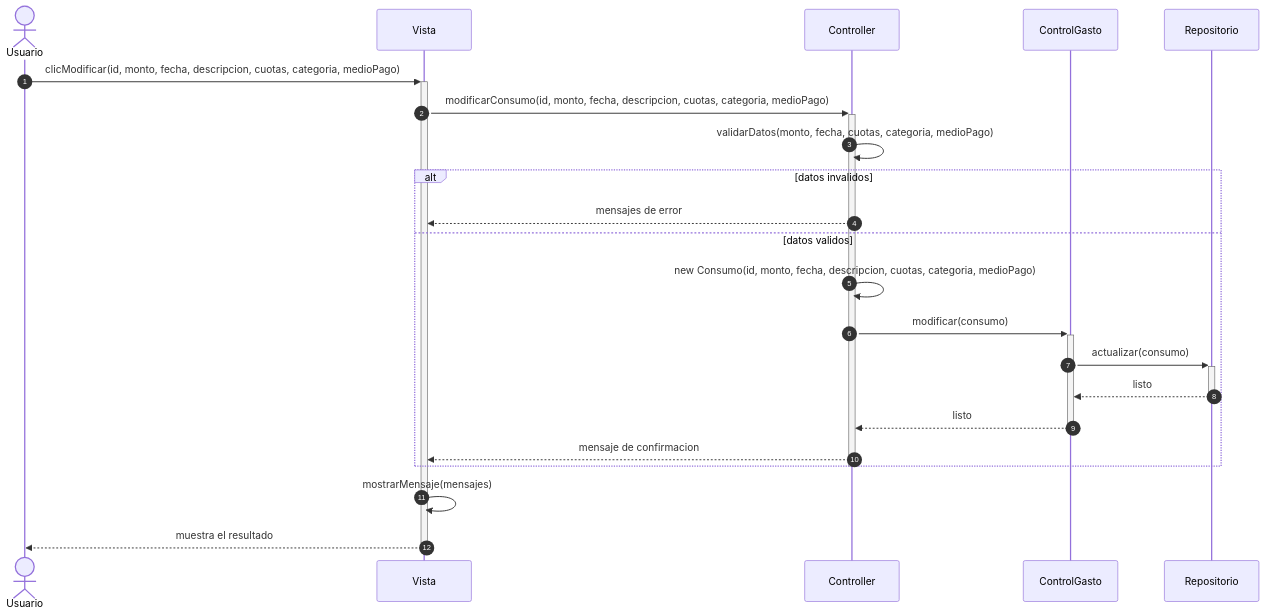
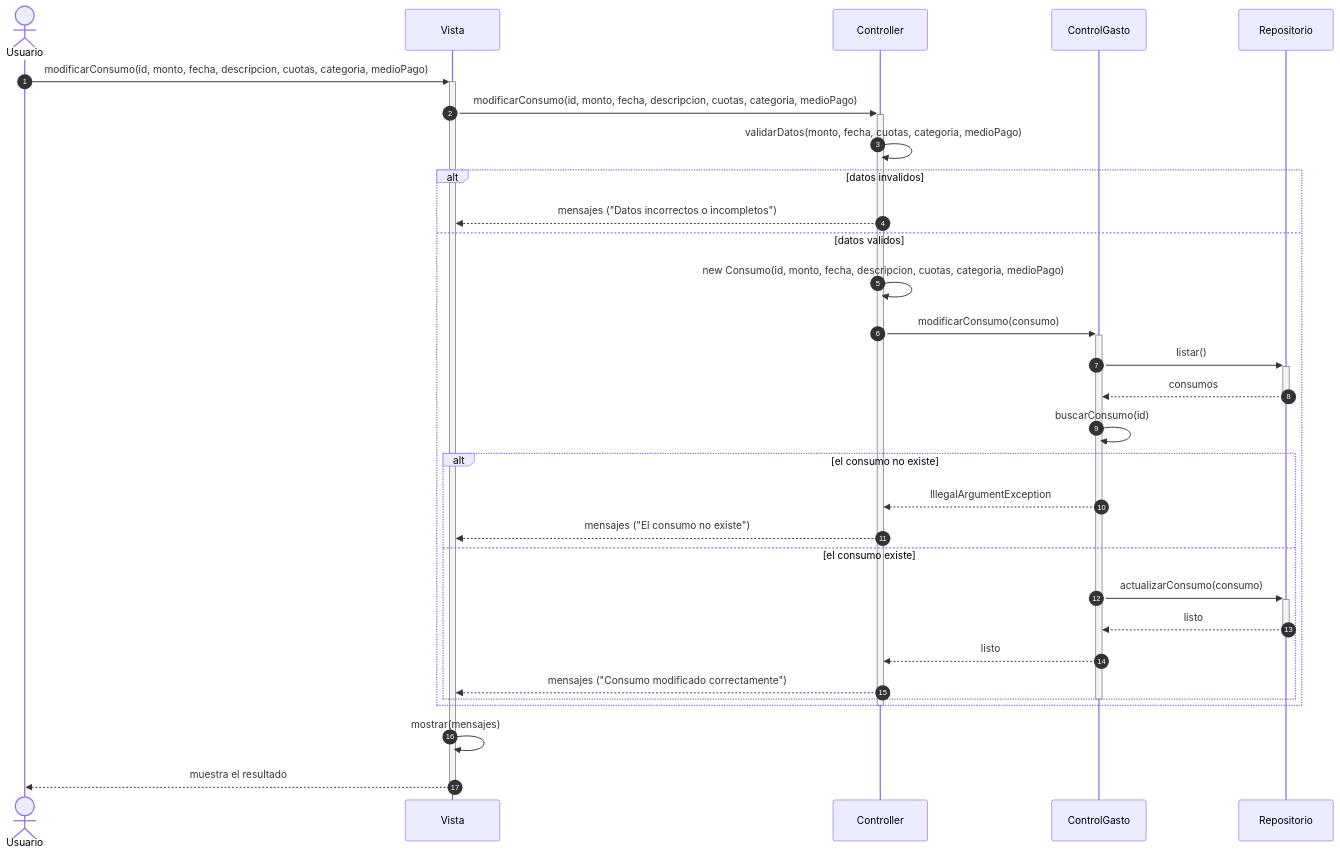
The diagram in Diagramas/CU2.md (morenastolerman/Gestor-de-gastos), drawn with Mermaid before and after one commit.

````diff
--- a/Diagramas/CU2.md
+++ b/Diagramas/CU2.md
@@ -1,29 +1,39 @@
 ```mermaid
 sequenceDiagram
     autonumber
     actor U as Usuario
     participant V as Vista
     participant C as Controller
     participant G as ControlGasto
     participant R as Repositorio
 
-    U->>+V: clicModificar(id, monto, fecha, descripcion, cuotas, categoria, medioPago)
+    U->>+V: modificarConsumo(id, monto, fecha, descripcion, cuotas, categoria, medioPago)
     V->>+C: modificarConsumo(id, monto, fecha, descripcion, cuotas, categoria, medioPago)
 
     C->>C: validarDatos(monto, fecha, cuotas, categoria, medioPago)
 
     alt datos invalidos
-        C-->>V: mensajes de error
+        C-->>V: mensajes ("Datos incorrectos o incompletos")
     else datos validos
         C->>C: new Consumo(id, monto, fecha, descripcion, cuotas, categoria, medioPago)
-        C->>+G: modificar(consumo)
-        G->>+R: actualizar(consumo)
-        R-->>-G: listo
-        G-->>-C: listo
-        C-->>V: mensaje de confirmacion
+        C->>+G: modificarConsumo(consumo)
+        G->>+R: listar()
+        R-->>-G: consumos
+        G->>G: buscarConsumo(id)
+
+        alt el consumo no existe
+            G-->>C: IllegalArgumentException
+            C-->>V: mensajes ("El consumo no existe")
+        else el consumo existe
+            G->>+R: actualizarConsumo(consumo)
+            R-->>-G: listo
+            G-->>C: listo
+            C-->>V: mensajes ("Consumo modificado correctamente")
+        end
+        deactivate G
     end
 
     deactivate C
-    V->>V: mostrarMensaje(mensajes)
+    V->>V: mostrar(mensajes)
     V-->>-U: muestra el resultado
 ```
````
